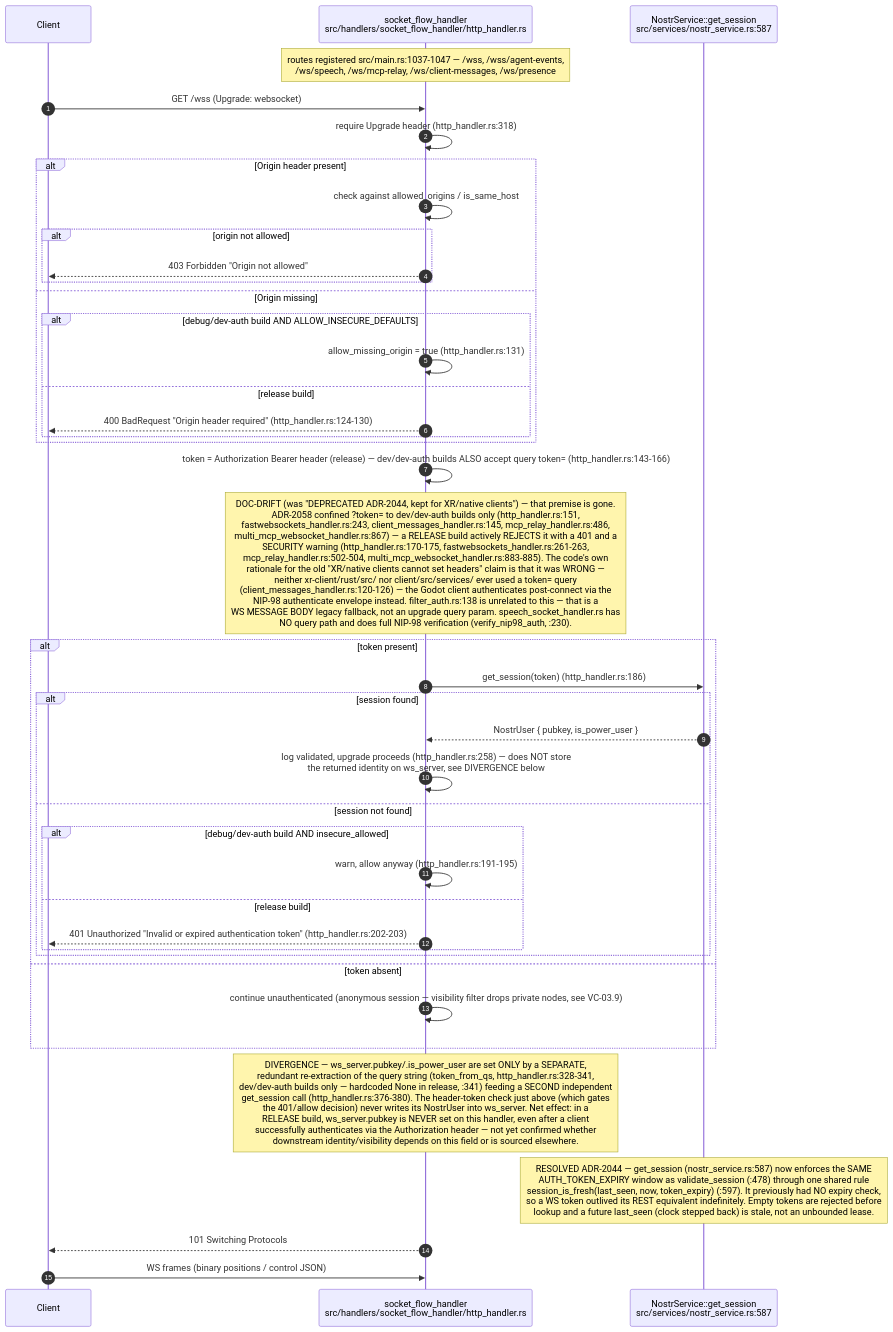
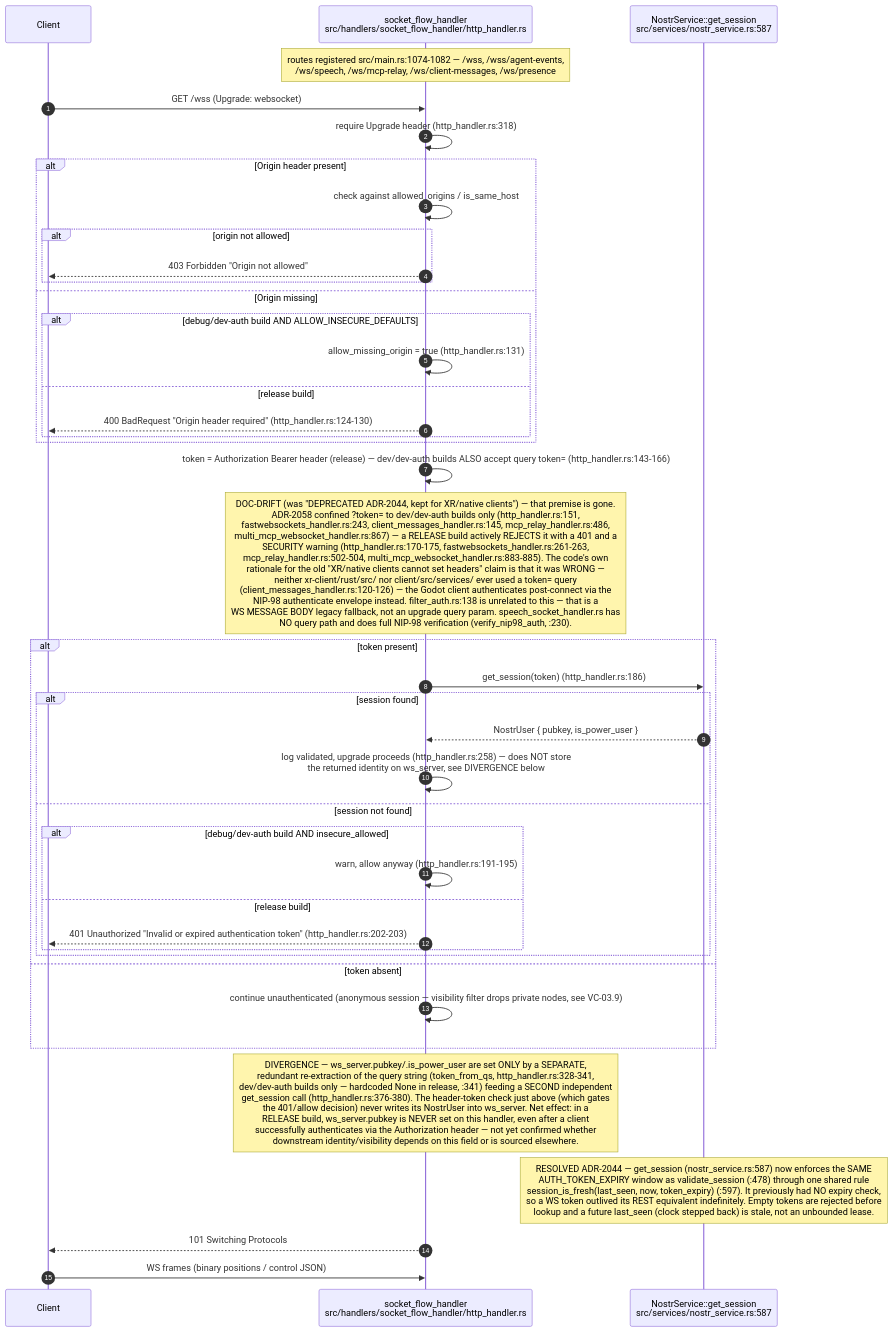
One commit to DreamLab-AI/VisionFlow changed the second of 17 diagrams in docs/diagrams/visionclaw/03-request-lifecycle-and-rbac.md. Above: the diagram before and after it, drawn with Mermaid. The commit also changed other lines of this file and 32 other files, not shown here.

````diff
--- a/docs/diagrams/visionclaw/03-request-lifecycle-and-rbac.md
+++ b/docs/diagrams/visionclaw/03-request-lifecycle-and-rbac.md
@@ -89,44 +89,44 @@
 ```mermaid
 sequenceDiagram
     autonumber
     participant C as Client
     participant WS as socket_flow_handler<br/>src/handlers/socket_flow_handler/http_handler.rs
     participant NS as NostrService::get_session<br/>src/services/nostr_service.rs:587
 
-    Note over WS: routes registered src/main.rs:1037-1047 — /wss, /wss/agent-events,<br/>/ws/speech, /ws/mcp-relay, /ws/client-messages, /ws/presence
+    Note over WS: routes registered src/main.rs:1074-1082 — /wss, /wss/agent-events,<br/>/ws/speech, /ws/mcp-relay, /ws/client-messages, /ws/presence
     C->>WS: GET /wss (Upgrade: websocket)
     WS->>WS: require Upgrade header (http_handler.rs:318)
     alt Origin header present
         WS->>WS: check against allowed_origins / is_same_host
         alt origin not allowed
             WS-->>C: 403 Forbidden "Origin not allowed"
         end
     else Origin missing
         alt debug/dev-auth build AND ALLOW_INSECURE_DEFAULTS
             WS->>WS: allow_missing_origin = true (http_handler.rs:131)
         else release build
             WS-->>C: 400 BadRequest "Origin header required" (http_handler.rs:124-130)
         end
     end
     WS->>WS: token = Authorization Bearer header (release) — dev/dev-auth builds ALSO accept query token= (http_handler.rs:143-166)
     Note over WS: DOC-DRIFT (was "DEPRECATED ADR-2044, kept for XR/native clients") — that premise is gone.<br/>ADR-2058 confined ?token= to dev/dev-auth builds only (http_handler.rs:151,<br/>fastwebsockets_handler.rs:243, client_messages_handler.rs:145, mcp_relay_handler.rs:486,<br/>multi_mcp_websocket_handler.rs:867) — a RELEASE build actively REJECTS it with a 401 and a<br/>SECURITY warning (http_handler.rs:170-175, fastwebsockets_handler.rs:261-263,<br/>mcp_relay_handler.rs:502-504, multi_mcp_websocket_handler.rs:883-885). The code's own<br/>rationale for the old "XR/native clients cannot set headers" claim is that it was WRONG —<br/>neither xr-client/rust/src/ nor client/src/services/ ever used a token= query<br/>(client_messages_handler.rs:120-126) — the Godot client authenticates post-connect via the<br/>NIP-98 authenticate envelope instead. filter_auth.rs:138 is unrelated to this — that is a<br/>WS MESSAGE BODY legacy fallback, not an upgrade query param. speech_socket_handler.rs has<br/>NO query path and does full NIP-98 verification (verify_nip98_auth, :230).
     alt token present
         WS->>NS: get_session(token) (http_handler.rs:186)
         alt session found
             NS-->>WS: NostrUser { pubkey, is_power_user }
             WS->>WS: log validated, upgrade proceeds (http_handler.rs:258) — does NOT store<br/>the returned identity on ws_server, see DIVERGENCE below
         else session not found
             alt debug/dev-auth build AND insecure_allowed
                 WS->>WS: warn, allow anyway (http_handler.rs:191-195)
             else release build
                 WS-->>C: 401 Unauthorized "Invalid or expired authentication token" (http_handler.rs:202-203)
             end
         end
     else token absent
         WS->>WS: continue unauthenticated (anonymous session — visibility filter drops private nodes, see VC-03.9)
     end
     Note over WS: DIVERGENCE — ws_server.pubkey/.is_power_user are set ONLY by a SEPARATE,<br/>redundant re-extraction of the query string (token_from_qs, http_handler.rs:328-341,<br/>dev/dev-auth builds only — hardcoded None in release, :341) feeding a SECOND independent<br/>get_session call (http_handler.rs:376-380). The header-token check just above (which gates<br/>the 401/allow decision) never writes its NostrUser into ws_server. Net effect: in a<br/>RELEASE build, ws_server.pubkey is NEVER set on this handler, even after a client<br/>successfully authenticates via the Authorization header — not yet confirmed whether<br/>downstream identity/visibility depends on this field or is sourced elsewhere.
     Note over NS: RESOLVED ADR-2044 — get_session (nostr_service.rs:587) now enforces the SAME<br/>AUTH_TOKEN_EXPIRY window as validate_session (:478) through one shared rule<br/>session_is_fresh(last_seen, now, token_expiry) (:597). It previously had NO expiry check,<br/>so a WS token outlived its REST equivalent indefinitely. Empty tokens are rejected before<br/>lookup and a future last_seen (clock stepped back) is stale, not an unbounded lease.
     WS-->>C: 101 Switching Protocols
     C->>WS: WS frames (binary positions / control JSON)
 ```
````
